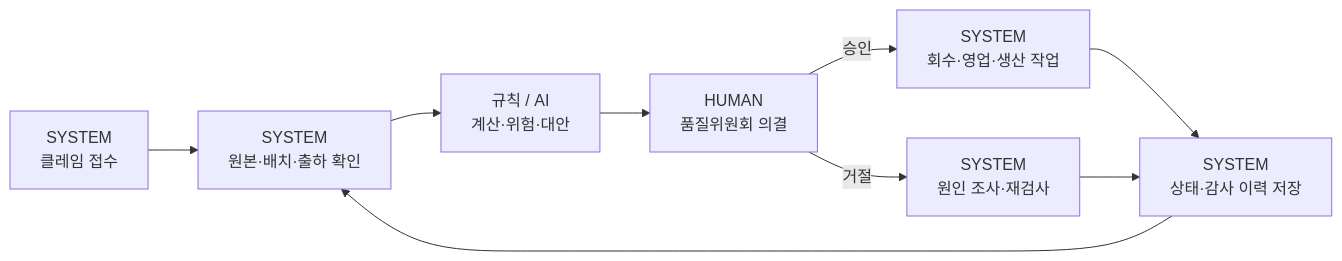
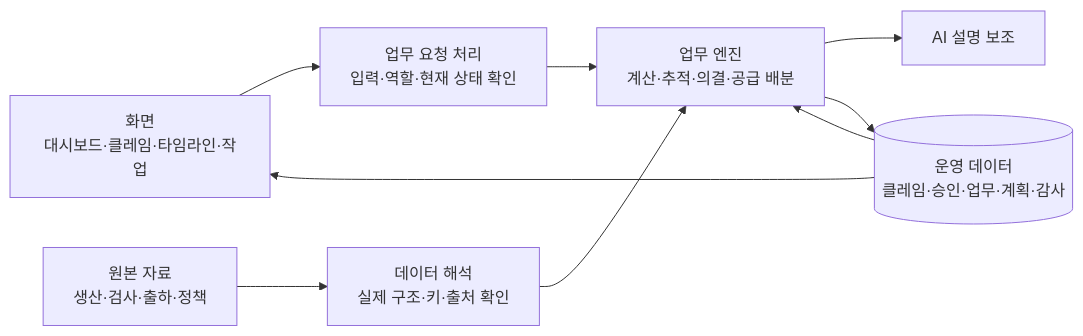
Before and after one commit to jeremypark9811/aurora-qualityops-ai: the second of 2 diagrams in README.md, drawn with Mermaid. The commit also changed other lines of this file, not shown here.

Commit message:
Describe application workflow, screens, and architecture

````diff
--- a/README.md
+++ b/README.md
@@ -48,11 +279,11 @@
 ```mermaid
 flowchart LR
-    A["SYSTEM<br/>클레임 접수"] --> B["SYSTEM<br/>원본·배치·출하 확인"]
-    B --> C["규칙 / AI<br/>계산·위험·대안"]
-    C --> D["HUMAN<br/>품질위원회 의결"]
-    D -->|승인| E["SYSTEM<br/>회수·영업·생산 작업"]
-    D -->|거절| F["SYSTEM<br/>원인 조사·재검사"]
-    E --> G["SYSTEM<br/>상태·감사 이력 저장"]
-    F --> G
-    G --> B
+    A["화면<br/>대시보드·클레임·타임라인·작업"] --> B["업무 요청 처리<br/>입력·역할·현재 상태 확인"]
+    B --> C["업무 엔진<br/>계산·추적·의결·공급 배분"]
+    D["원본 자료<br/>생산·검사·출하·정책"] --> E["데이터 해석<br/>실제 구조·키·출처 확인"]
+    E --> C
+    C --> F["AI 설명 보조"]
+    C --> G[("운영 데이터<br/>클레임·승인·업무·계획·감사")]
+    G --> A
+    G --> C
 ```
````
